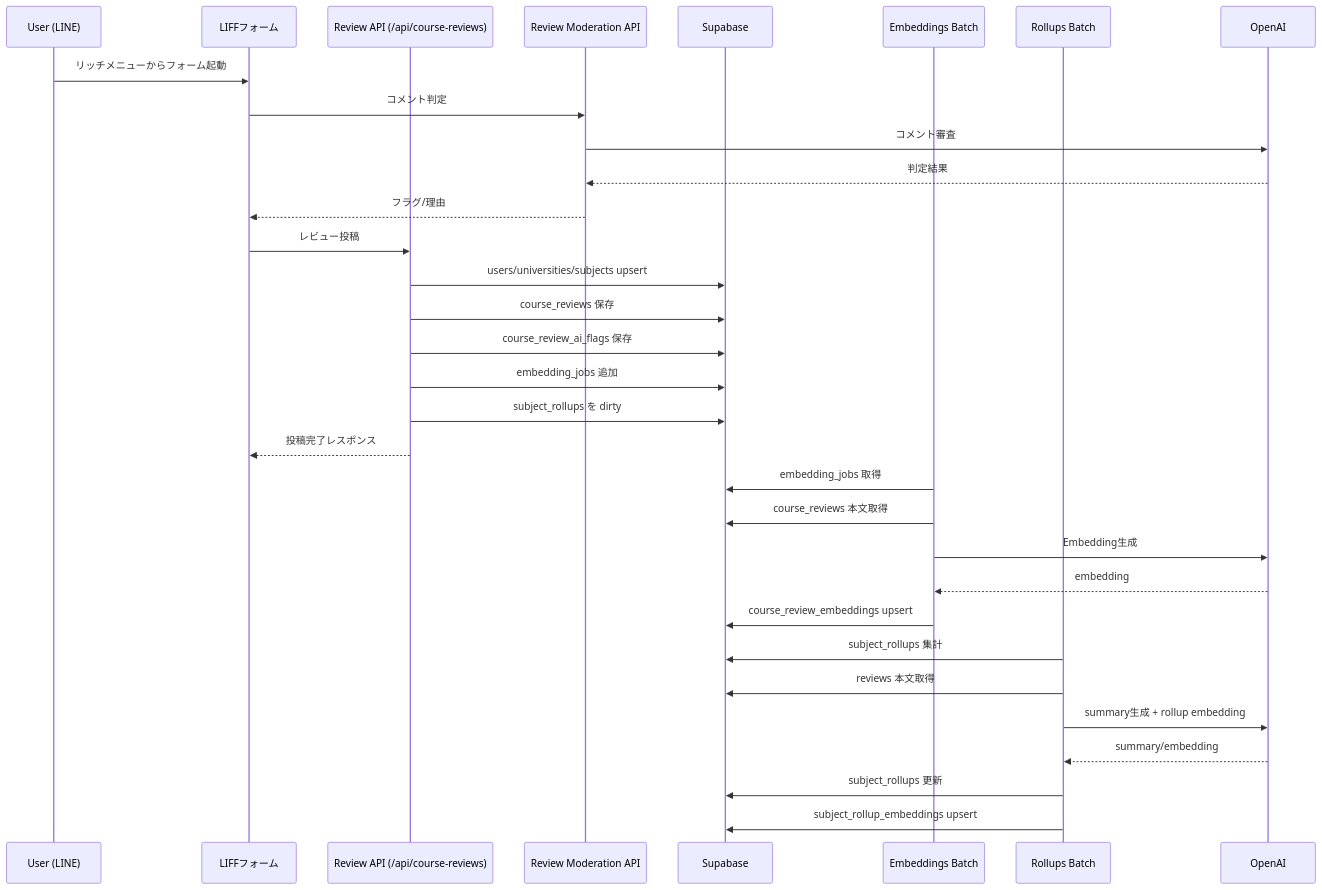
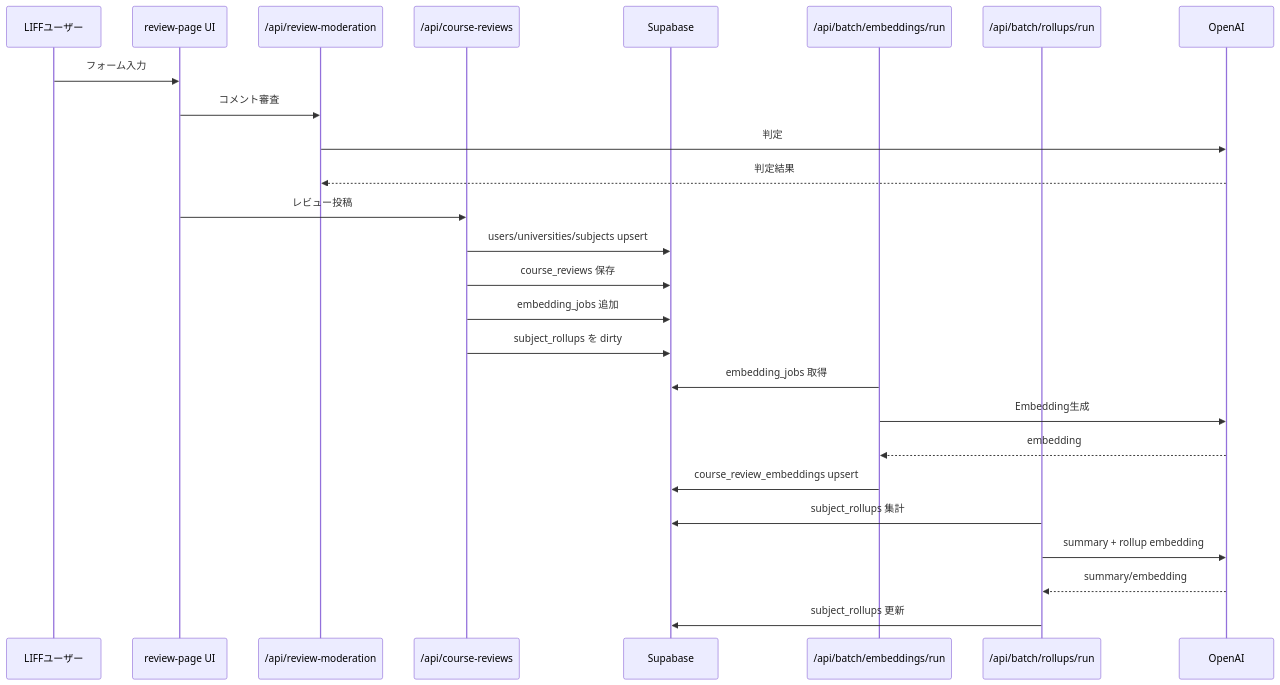
One commit to lego0509/campus-ai changed the third of 3 diagrams in wiki/03-アーキテクチャ.md. Above: the diagram before and after it, drawn with Mermaid. The commit also changed other lines of this file and 36 other files, not shown here.

````diff
--- a/wiki/03-アーキテクチャ.md
+++ b/wiki/03-アーキテクチャ.md
@@ -43,35 +51,29 @@
 ```mermaid
 sequenceDiagram
-  participant User as User (LINE)
-  participant LIFF as LIFFフォーム
-  participant Review as Review API (/api/course-reviews)
-  participant Mod as Review Moderation API
+  participant User as LIFFユーザー
+  participant UI as review-page UI
+  participant Mod as /api/review-moderation
+  participant Review as /api/course-reviews
   participant DB as Supabase
-  participant BatchE as Embeddings Batch
-  participant BatchR as Rollups Batch
+  participant BatchE as /api/batch/embeddings/run
+  participant BatchR as /api/batch/rollups/run
   participant AI as OpenAI
 
-  User->>LIFF: リッチメニューからフォーム起動
-  LIFF->>Mod: コメント判定
-  Mod->>AI: コメント審査
+  User->>UI: フォーム入力
+  UI->>Mod: コメント審査
+  Mod->>AI: 判定
   AI-->>Mod: 判定結果
-  Mod-->>LIFF: フラグ/理由
-  LIFF->>Review: レビュー投稿
+  UI->>Review: レビュー投稿
   Review->>DB: users/universities/subjects upsert
   Review->>DB: course_reviews 保存
-  Review->>DB: course_review_ai_flags 保存
   Review->>DB: embedding_jobs 追加
   Review->>DB: subject_rollups を dirty
-  Review-->>LIFF: 投稿完了レスポンス
   BatchE->>DB: embedding_jobs 取得
-  BatchE->>DB: course_reviews 本文取得
   BatchE->>AI: Embedding生成
   AI-->>BatchE: embedding
   BatchE->>DB: course_review_embeddings upsert
   BatchR->>DB: subject_rollups 集計
-  BatchR->>DB: reviews 本文取得
-  BatchR->>AI: summary生成 + rollup embedding
+  BatchR->>AI: summary + rollup embedding
   AI-->>BatchR: summary/embedding
   BatchR->>DB: subject_rollups 更新
-  BatchR->>DB: subject_rollup_embeddings upsert
 ```
````
